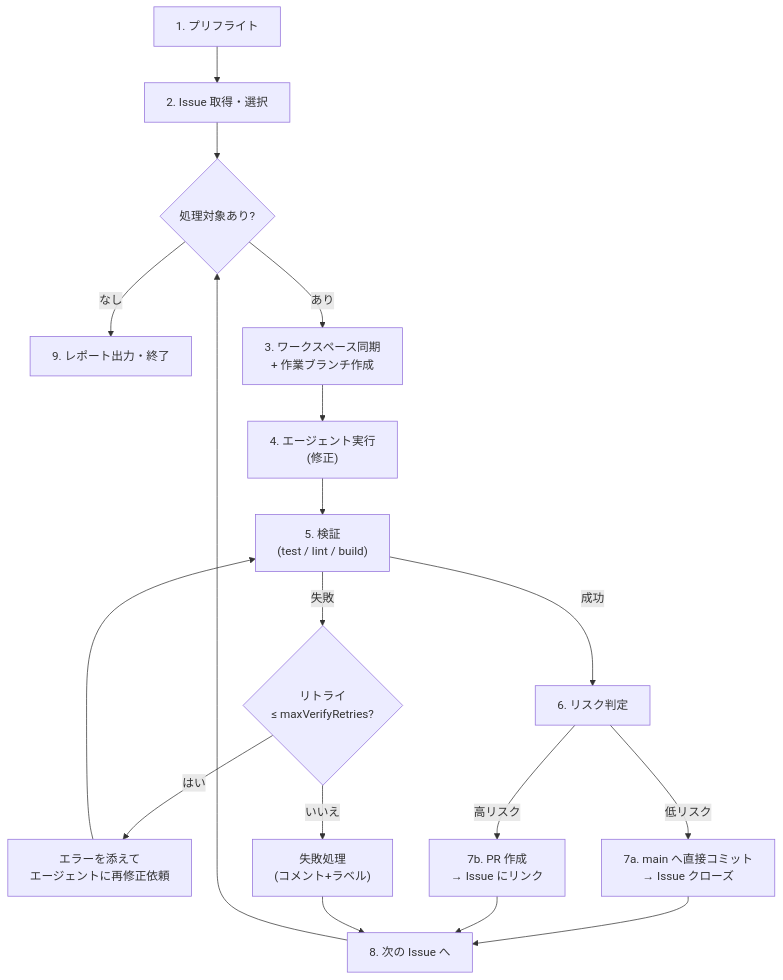
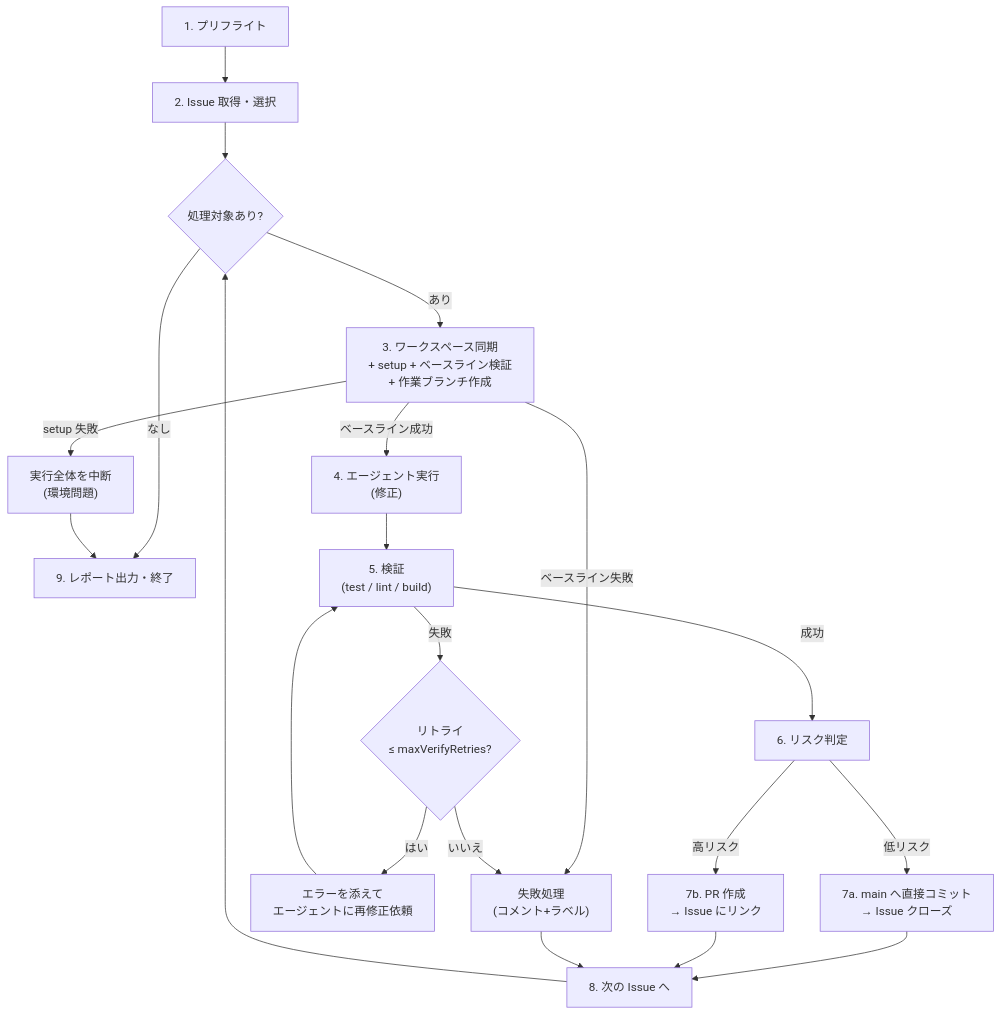
Before and after one commit to kaizen-agents-org/kaizen-loop: the diagram in docs/04-nightly-pipeline.md, drawn with Mermaid. The commit also changed other lines of this file and 5 other files, not shown here.

````diff
--- a/docs/04-nightly-pipeline.md
+++ b/docs/04-nightly-pipeline.md
@@ -7,19 +7,22 @@
 ```mermaid
 flowchart TB
     A["1. プリフライト"] --> B["2. Issue 取得・選択"]
     B --> C{処理対象あり?}
     C -->|なし| Z["9. レポート出力・終了"]
-    C -->|あり| D["3. ワークスペース同期<br/>+ 作業ブランチ作成"]
-    D --> E["4. エージェント実行<br/>(修正)"]
+    C -->|あり| D["3. ワークスペース同期<br/>+ setup + ベースライン検証<br/>+ 作業ブランチ作成"]
+    D -->|ベースライン成功| E["4. エージェント実行<br/>(修正)"]
+    D -->|setup 失敗| X["実行全体を中断<br/>(環境問題)"]
+    D -->|ベースライン失敗| H
+    X --> Z
     E --> F["5. 検証<br/>(test / lint / build)"]
     F -->|失敗| G{リトライ<br/>≤ maxVerifyRetries?}
     G -->|はい| E2["エラーを添えて<br/>エージェントに再修正依頼"] --> F
     G -->|いいえ| H["失敗処理<br/>(コメント+ラベル)"]
     F -->|成功| I["6. リスク判定"]
     I -->|低リスク| J["7a. main へ直接コミット<br/>→ Issue クローズ"]
     I -->|高リスク| K["7b. PR 作成<br/>→ Issue にリンク"]
     J --> L["8. 次の Issue へ"]
     K --> L
     H --> L
     L --> C
 ```
````
